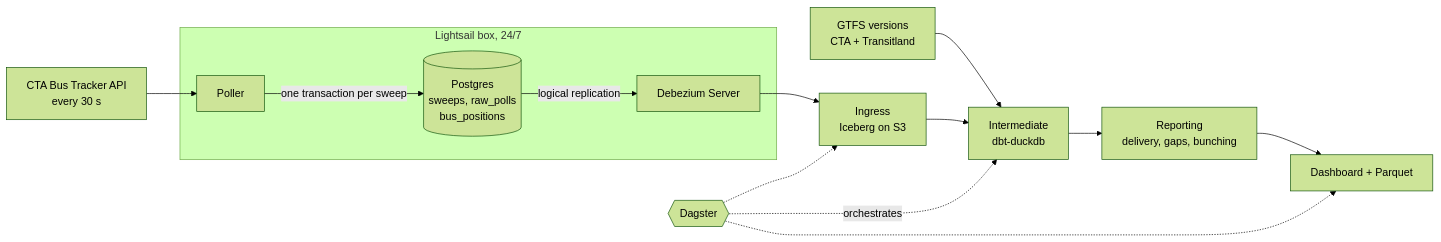
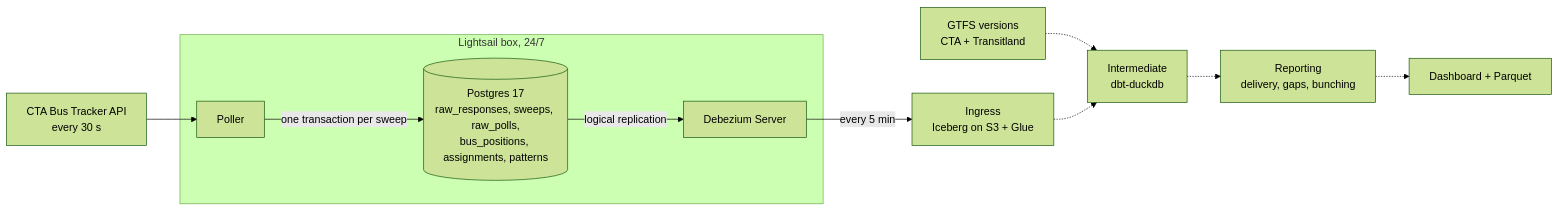
One commit to sohammandal/chitransit changed the diagram in README.md. Above: the diagram before and after it, drawn with Mermaid (forest theme). The commit also changed other lines of this file and 1 other file, not shown here.

````diff
--- a/README.md
+++ b/README.md
@@ -39,16 +39,13 @@
 ```mermaid
 flowchart LR
     BT[CTA Bus Tracker API<br/>every 30 s] --> P
     subgraph BOX[Lightsail box, 24/7]
-        P[Poller] -->|one transaction per sweep| PG[(Postgres<br/>sweeps, raw_polls<br/>bus_positions)]
+        P[Poller] -->|one transaction per sweep| PG[(Postgres 17<br/>raw_responses, sweeps, raw_polls,<br/>bus_positions, assignments, patterns)]
         PG -->|logical replication| CDC[Debezium Server]
     end
-    CDC --> ING[Ingress<br/>Iceberg on S3]
-    GTFS[GTFS versions<br/>CTA + Transitland] --> INT
-    ING --> INT[Intermediate<br/>dbt-duckdb]
-    INT --> REP[Reporting<br/>delivery, gaps, bunching]
-    REP --> OUT[Dashboard + Parquet]
-    DG{{Dagster}} -.orchestrates.-> INT
-    DG -.-> ING
-    DG -.-> OUT
+    CDC -->|every 5 min| ING[Ingress<br/>Iceberg on S3 + Glue]
+    GTFS[GTFS versions<br/>CTA + Transitland] -.-> INT
+    ING -.-> INT[Intermediate<br/>dbt-duckdb]
+    INT -.-> REP[Reporting<br/>delivery, gaps, bunching]
+    REP -.-> OUT[Dashboard + Parquet]
 ```
````
